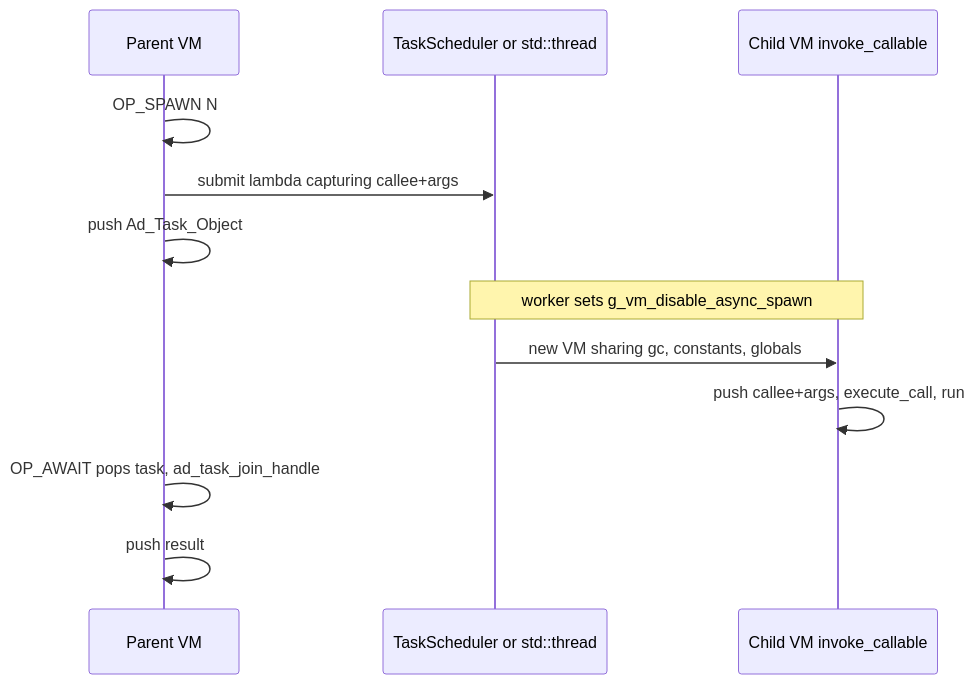
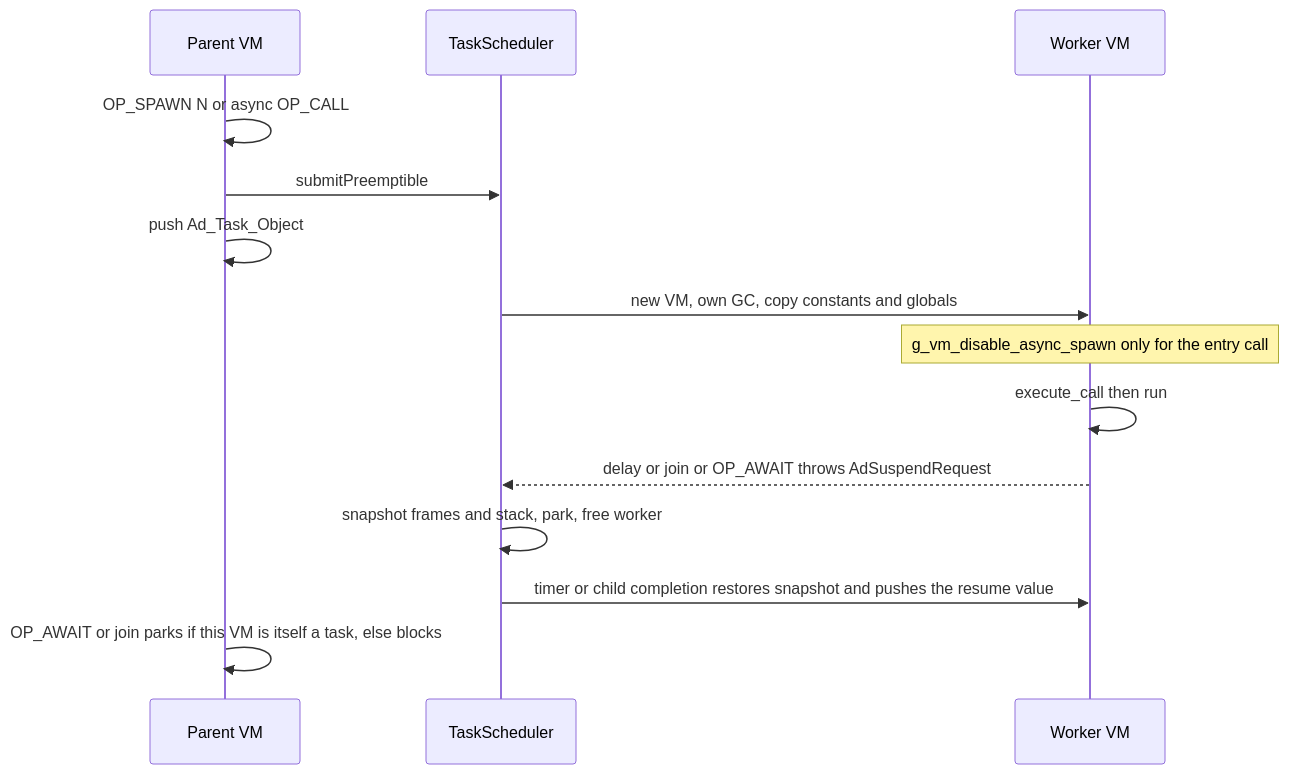
One commit to adrianpoplesanu/repl-project1 changed the eighth of 9 diagrams in repl/adrianus/cpp-v3/docs/vm-documentation.md. Above: the diagram before and after it, drawn with Mermaid. The commit also changed other lines of this file and 2 other files, not shown here.

Commit message:
[cpp-v3] updated docs for async features

````diff
--- a/repl/adrianus/cpp-v3/docs/vm-documentation.md
+++ b/repl/adrianus/cpp-v3/docs/vm-documentation.md
@@ -728,14 +728,16 @@
 ```mermaid
 sequenceDiagram
-    participant VM as Parent VM
-    participant SCH as TaskScheduler or std::thread
-    participant W as Child VM invoke_callable
-    VM->>VM: OP_SPAWN N
-    VM->>SCH: submit lambda capturing callee+args
-    VM->>VM: push Ad_Task_Object
-    Note over SCH,W: worker sets g_vm_disable_async_spawn
-    SCH->>W: new VM sharing gc, constants, globals
-    W->>W: push callee+args, execute_call, run
-    VM->>VM: OP_AWAIT pops task, ad_task_join_handle
-    VM->>VM: push result
+  participant VM as Parent VM
+  participant SCH as TaskScheduler
+  participant W as Worker VM
+  VM->>VM: OP_SPAWN N or async OP_CALL
+  VM->>SCH: submitPreemptible
+  VM->>VM: push Ad_Task_Object
+  SCH->>W: new VM, own GC, copy constants and globals
+  Note over W: g_vm_disable_async_spawn only for the entry call
+  W->>W: execute_call then run
+  W-->>SCH: delay or join or OP_AWAIT throws AdSuspendRequest
+  SCH->>SCH: snapshot frames and stack, park, free worker
+  SCH->>W: timer or child completion restores snapshot and pushes the resume value
+  VM->>VM: OP_AWAIT or join parks if this VM is itself a task, else blocks
 ```
````
